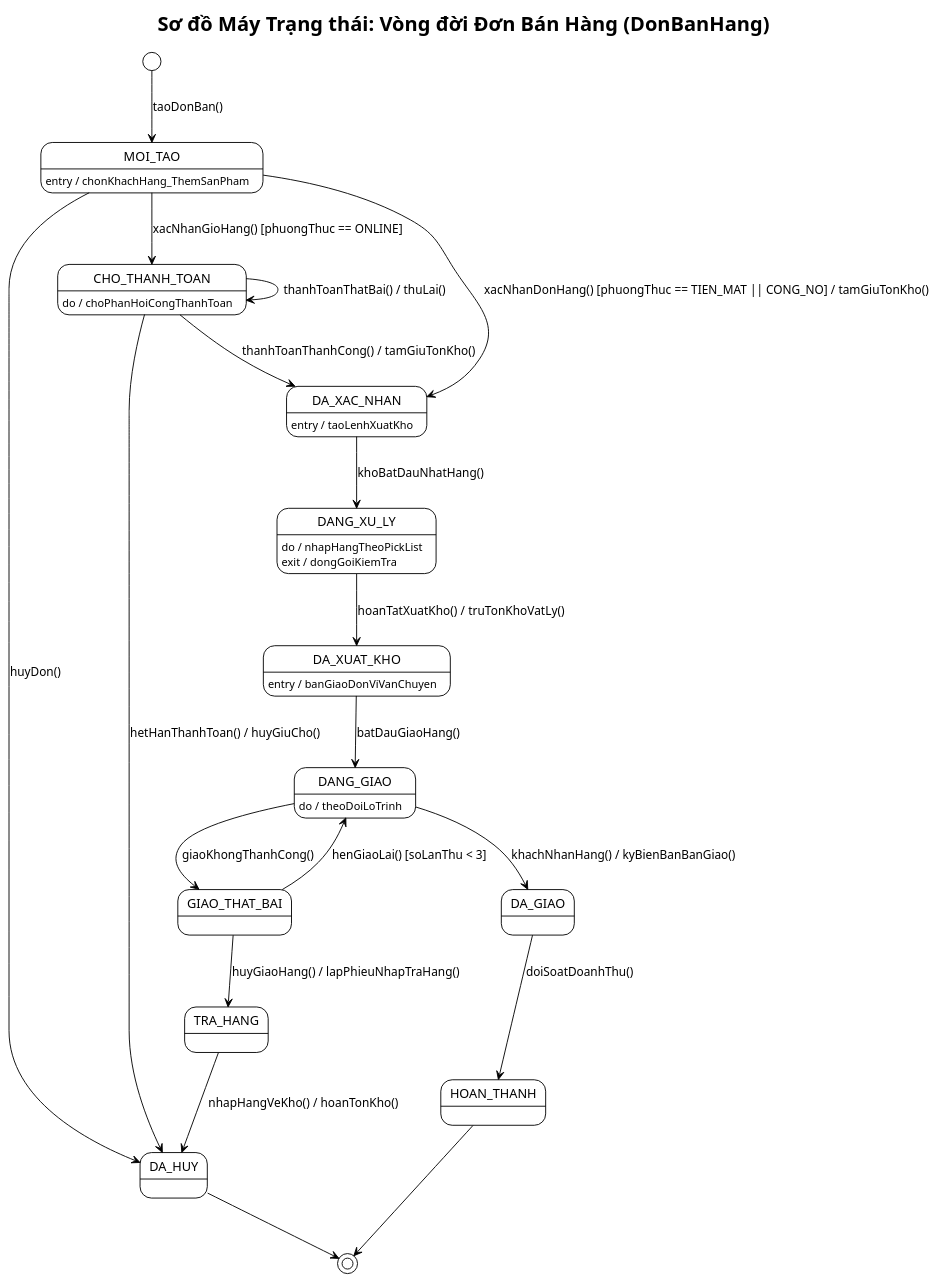
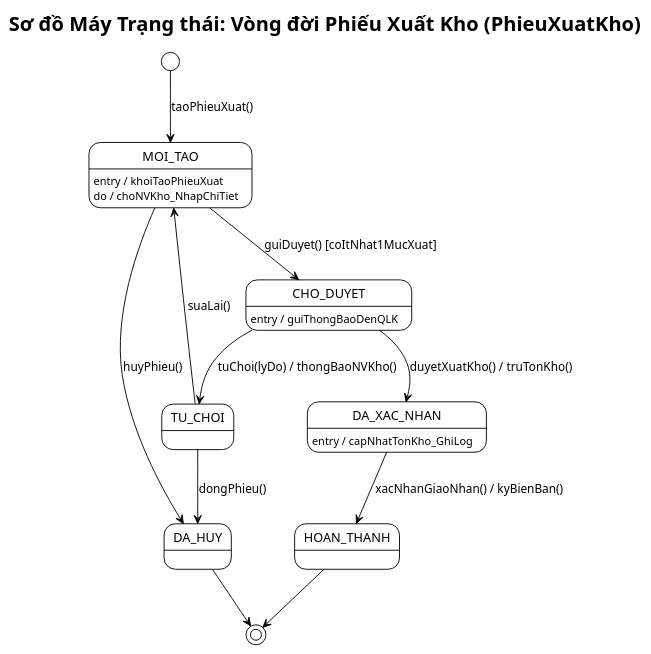
Before and after one commit to vuhoabinh2416137/G8_Quanlysanphamvakhohang: the second of 3 diagrams in BTL-QuanLyKhoHang/plantuml/state-machine.puml, drawn with PlantUML. The commit also changed other lines of this file and 61 other files, not shown here.

Commit message:
Refactor: Loai bo toan bo nghiep vu ban hang, tap trung chuyen sau Quan ly San pham va Kho hang (BTL IT3120)

```diff
--- a/BTL-QuanLyKhoHang/plantuml/state-machine.puml
+++ b/BTL-QuanLyKhoHang/plantuml/state-machine.puml
@@ -47,57 +48,34 @@
-@startuml state-don-ban-hang
+@startuml state-phieu-xuat-kho
 !theme plain
-title Sơ đồ Máy Trạng thái: Vòng đời Đơn Bán Hàng (DonBanHang)
+skinparam defaultFontName "Arial"
+title Sơ đồ Máy Trạng thái: Vòng đời Phiếu Xuất Kho (PhieuXuatKho)
 
-[*] --> MOI_TAO : taoDonBan()
+[*] --> MOI_TAO : taoPhieuXuat()
 
 state MOI_TAO {
-    MOI_TAO : entry / chonKhachHang_ThemSanPham
+    MOI_TAO : entry / khoiTaoPhieuXuat
+    MOI_TAO : do / choNVKho_NhapChiTiet
 }
 
-MOI_TAO --> DA_HUY : huyDon()
-MOI_TAO --> CHO_THANH_TOAN : xacNhanGioHang() [phuongThuc == ONLINE]
-MOI_TAO --> DA_XAC_NHAN : xacNhanDonHang() [phuongThuc == TIEN_MAT || CONG_NO] / tamGiuTonKho()
+MOI_TAO --> DA_HUY : huyPhieu()
+MOI_TAO --> CHO_DUYET : guiDuyet() [coItNhat1MucXuat]
 
-state CHO_THANH_TOAN {
-    CHO_THANH_TOAN : do / choPhanHoiCongThanhToan
+state CHO_DUYET {
+    CHO_DUYET : entry / guiThongBaoDenQLK
 }
 
-CHO_THANH_TOAN --> DA_XAC_NHAN : thanhToanThanhCong() / tamGiuTonKho()
-CHO_THANH_TOAN --> CHO_THANH_TOAN : thanhToanThatBai() / thuLai()
-CHO_THANH_TOAN --> DA_HUY : hetHanThanhToan() / huyGiuCho()
+CHO_DUYET --> DA_XAC_NHAN : duyetXuatKho() / truTonKho()
+CHO_DUYET --> TU_CHOI : tuChoi(lyDo) / thongBaoNVKho()
+
+TU_CHOI --> MOI_TAO : suaLai()
+TU_CHOI --> DA_HUY : dongPhieu()
 
 state DA_XAC_NHAN {
-    DA_XAC_NHAN : entry / taoLenhXuatKho
+    DA_XAC_NHAN : entry / capNhatTonKho_GhiLog
 }
 
-DA_XAC_NHAN --> DANG_XU_LY : khoBatDauNhatHang()
-
-state DANG_XU_LY {
-    DANG_XU_LY : do / nhapHangTheoPickList
-    DANG_XU_LY : exit / dongGoiKiemTra
-}
-
-DANG_XU_LY --> DA_XUAT_KHO : hoanTatXuatKho() / truTonKhoVatLy()
-
-state DA_XUAT_KHO {
-    DA_XUAT_KHO : entry / banGiaoDonViVanChuyen
-}
-
-DA_XUAT_KHO --> DANG_GIAO : batDauGiaoHang()
-
-state DANG_GIAO {
-    DANG_GIAO : do / theoDoiLoTrinh
-}
-
-DANG_GIAO --> DA_GIAO : khachNhanHang() / kyBienBanBanGiao()
-DANG_GIAO --> GIAO_THAT_BAI : giaoKhongThanhCong()
-
-GIAO_THAT_BAI --> DANG_GIAO : henGiaoLai() [soLanThu < 3]
-GIAO_THAT_BAI --> TRA_HANG : huyGiaoHang() / lapPhieuNhapTraHang()
-
-DA_GIAO --> HOAN_THANH : doiSoatDoanhThu()
-TRA_HANG --> DA_HUY : nhapHangVeKho() / hoanTonKho()
+DA_XAC_NHAN --> HOAN_THANH : xacNhanGiaoNhan() / kyBienBan()
 
 HOAN_THANH --> [*]
 DA_HUY --> [*]
 @enduml
```
